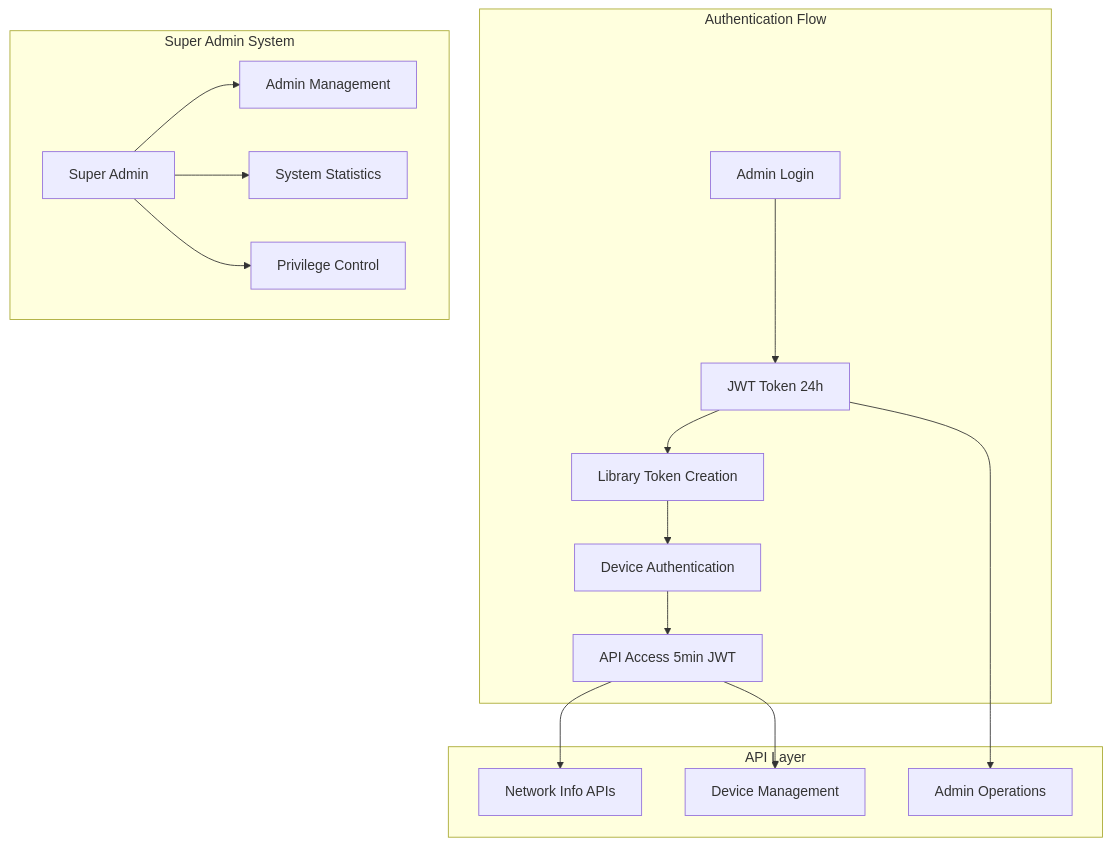
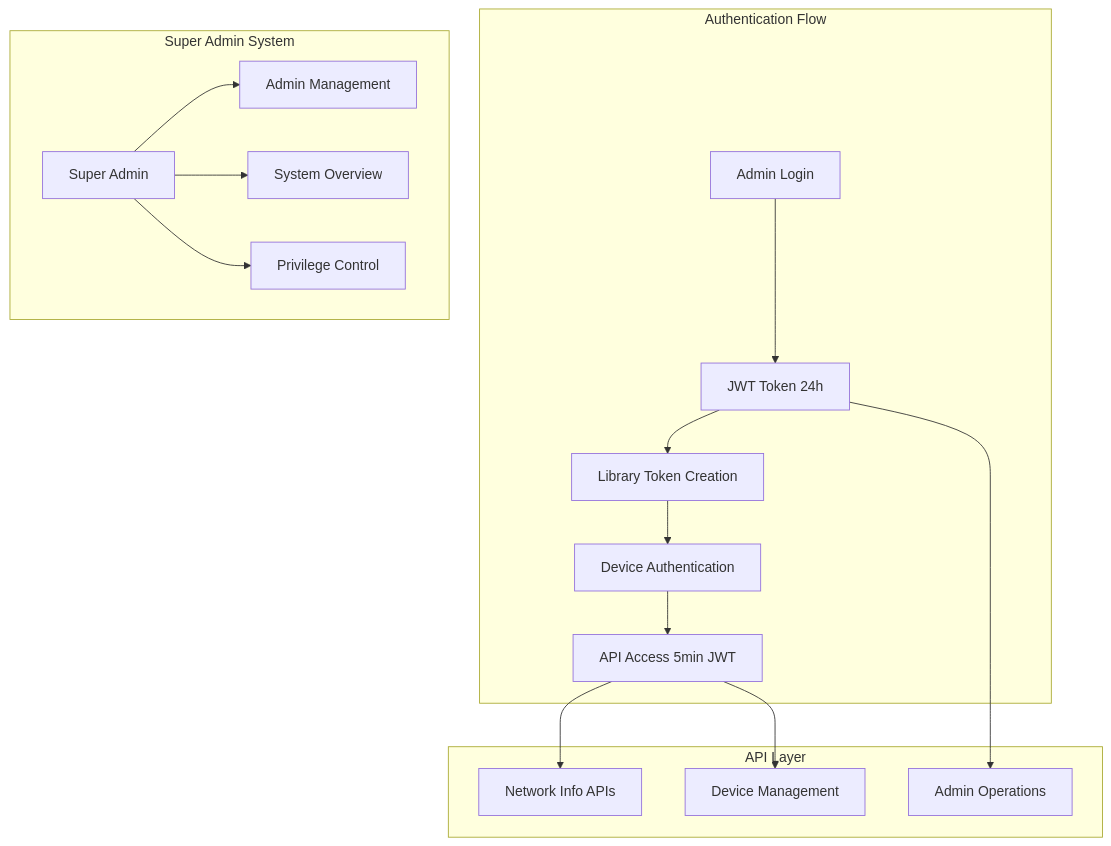
Before and after one commit to MahmudMoon/xYz_backend_project: the first of 2 diagrams in DOCUMENTATION_HUB.md, drawn with Mermaid. The commit also changed other lines of this file and 8 other files, not shown here.

Commit message:
refactor: update documentation to replace 'statistics' with 'overview' for consistency across super admin features

````diff
--- a/DOCUMENTATION_HUB.md
+++ b/DOCUMENTATION_HUB.md
@@ -31,21 +31,21 @@
 ```mermaid
 graph TB
     subgraph "Authentication Flow"
         A[Admin Login] --> B[JWT Token 24h]
         B --> C[Library Token Creation]
         C --> D[Device Authentication]
         D --> E[API Access 5min JWT]
     end
 
     subgraph "Super Admin System"
         SA[Super Admin] --> AM[Admin Management]
-        SA --> ST[System Statistics]
+        SA --> SO[System Overview]
         SA --> PR[Privilege Control]
     end
 
     subgraph "API Layer"
         E --> API1[Network Info APIs]
         E --> API2[Device Management]
         B --> API3[Admin Operations]
     end
 ```
````
